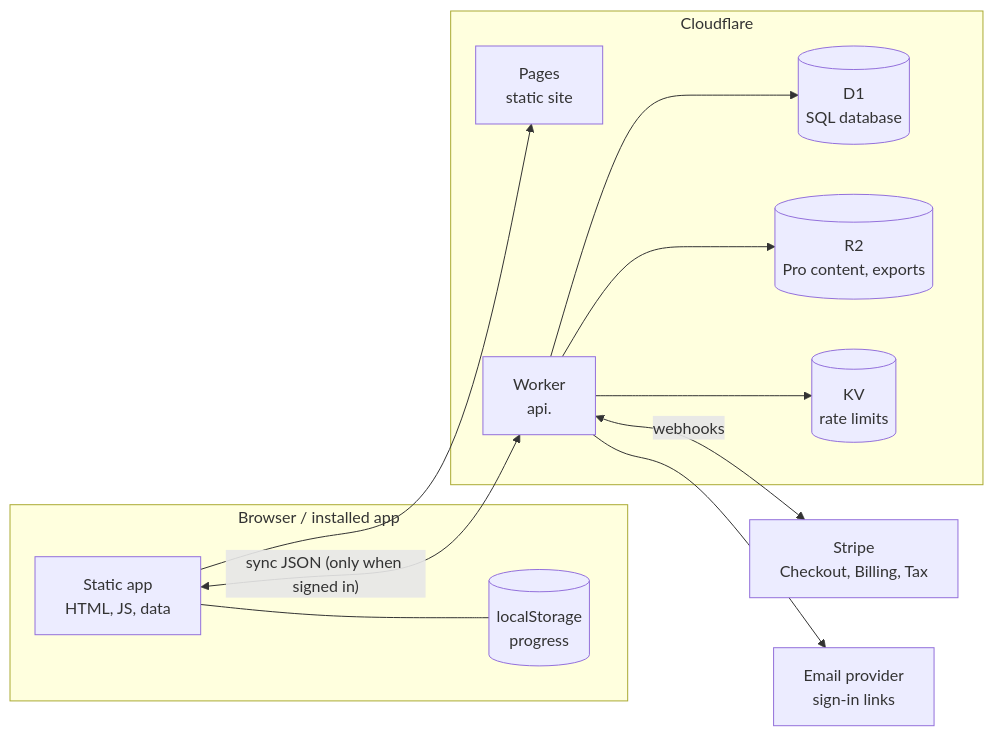
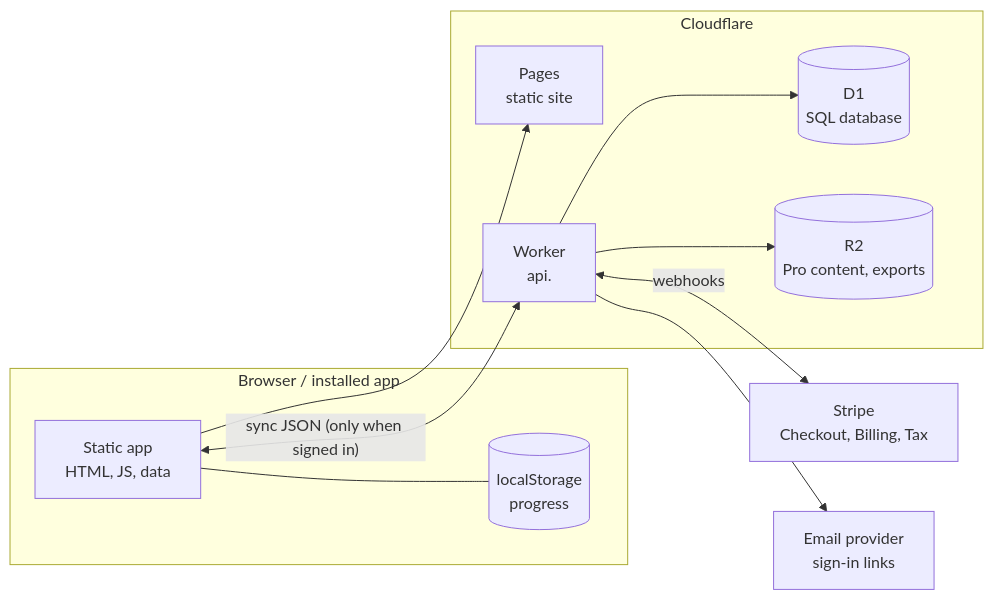
The diagram in cyber-study/docs/BACKEND_DESIGN.md (senayamyers27-art/Claude.ai-stuff), drawn with Mermaid before and after one commit. The commit also changed other lines of this file and 4632 other files, not shown here.

````diff
--- a/cyber-study/docs/BACKEND_DESIGN.md
+++ b/cyber-study/docs/BACKEND_DESIGN.md
@@ -32,24 +32,22 @@
 ```mermaid
 flowchart LR
   subgraph Browser["Browser / installed app"]
     A[Static app<br/>HTML, JS, data]
     L[(localStorage<br/>progress)]
   end
   subgraph CF["Cloudflare"]
     P[Pages<br/>static site]
     W[Worker<br/>api.<domain>]
     D[(D1<br/>SQL database)]
     R[(R2<br/>Pro content, exports)]
-    KV[(KV<br/>rate limits)]
   end
   S[Stripe<br/>Checkout, Billing, Tax]
   E[Email provider<br/>sign-in links]
   A --> P
   A <-- "sync JSON (only when signed in)" --> W
   A --- L
   W --> D
   W --> R
-  W --> KV
   W <-- "webhooks" --> S
   W --> E
 ```
````
